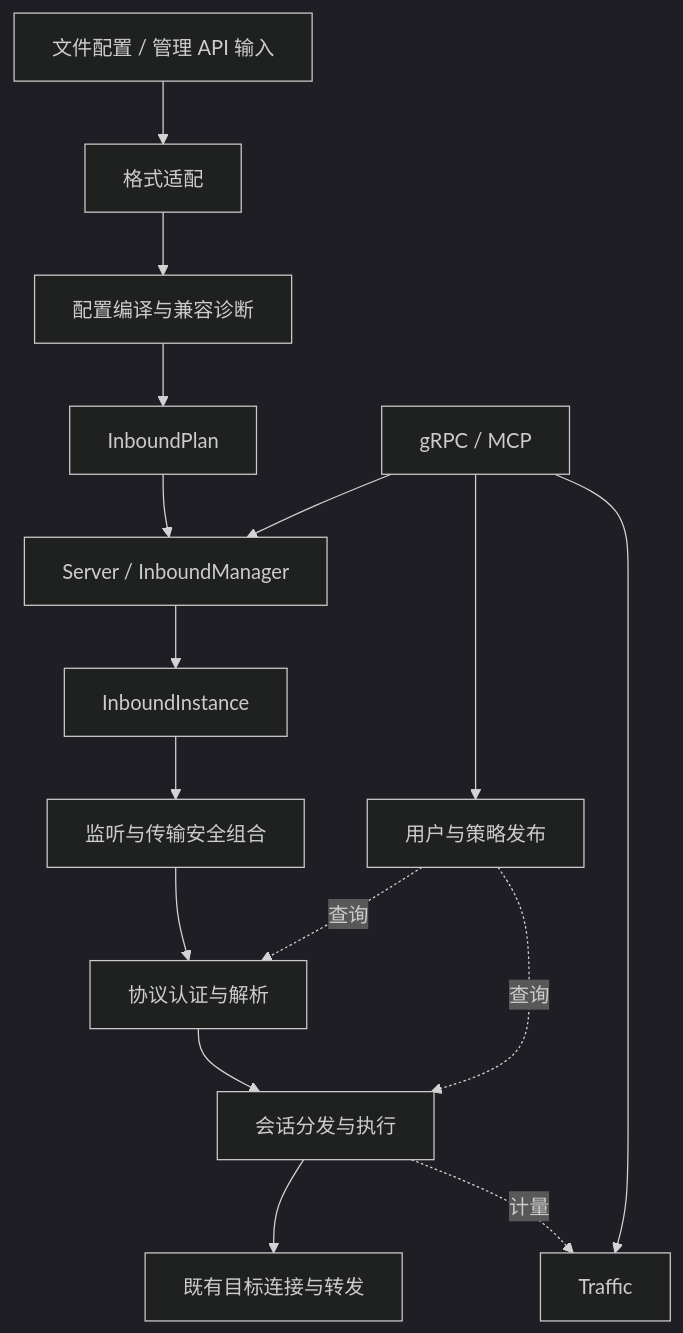
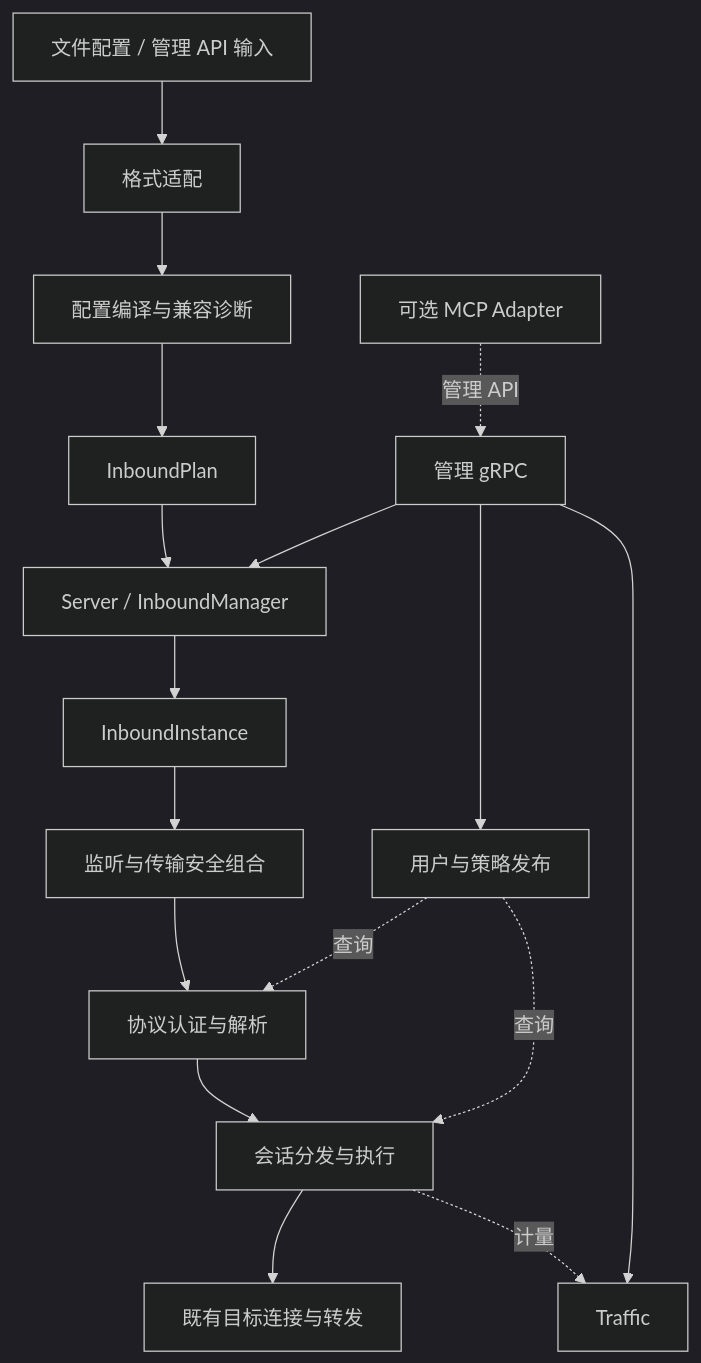
One commit to MFSGA/Chimera_Server changed the first of 2 diagrams in ARCHITECTURE.md. Above: the diagram before and after it, drawn with Mermaid (dark theme). The commit also changed other lines of this file and 17 other files, not shown here.

````diff
--- a/ARCHITECTURE.md
+++ b/ARCHITECTURE.md
@@ -80,18 +82,19 @@
 ```mermaid
 flowchart TD
     Input[文件配置 / 管理 API 输入] --> Adapt[格式适配]
     Adapt --> Compile[配置编译与兼容诊断]
     Compile --> Plan[InboundPlan]
     Plan --> Manager[Server / InboundManager]
     Manager --> Instance[InboundInstance]
     Instance --> Transport[监听与传输安全组合]
     Transport --> Protocol[协议认证与解析]
     Protocol --> Session[会话分发与执行]
     Session --> Connector[既有目标连接与转发]
     Identity[用户与策略发布] -.查询.-> Protocol
     Identity -.查询.-> Session
     Session -.计量.-> Traffic[Traffic]
-    Control[gRPC / MCP] --> Manager
+    MCP[可选 MCP Adapter] -.管理 API.-> Control[管理 gRPC]
+    Control --> Manager
     Control --> Identity
     Control --> Traffic
 ```
````
